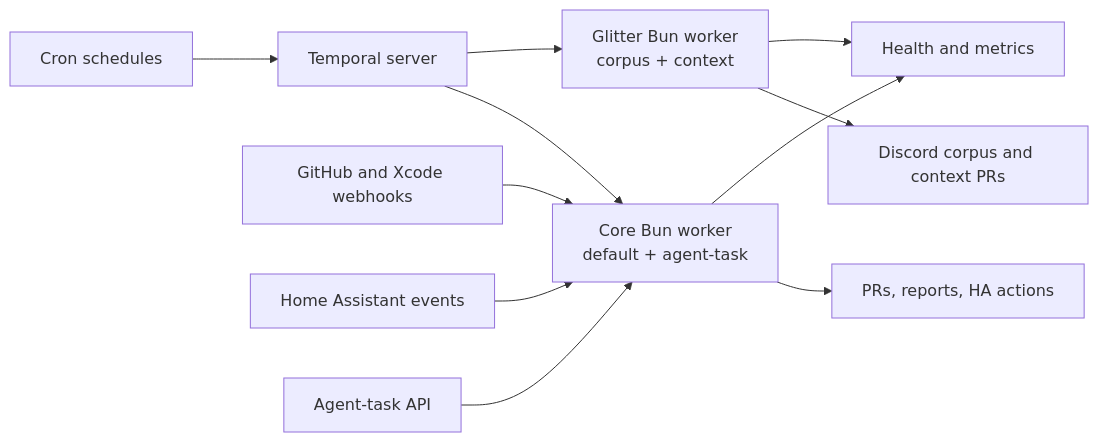
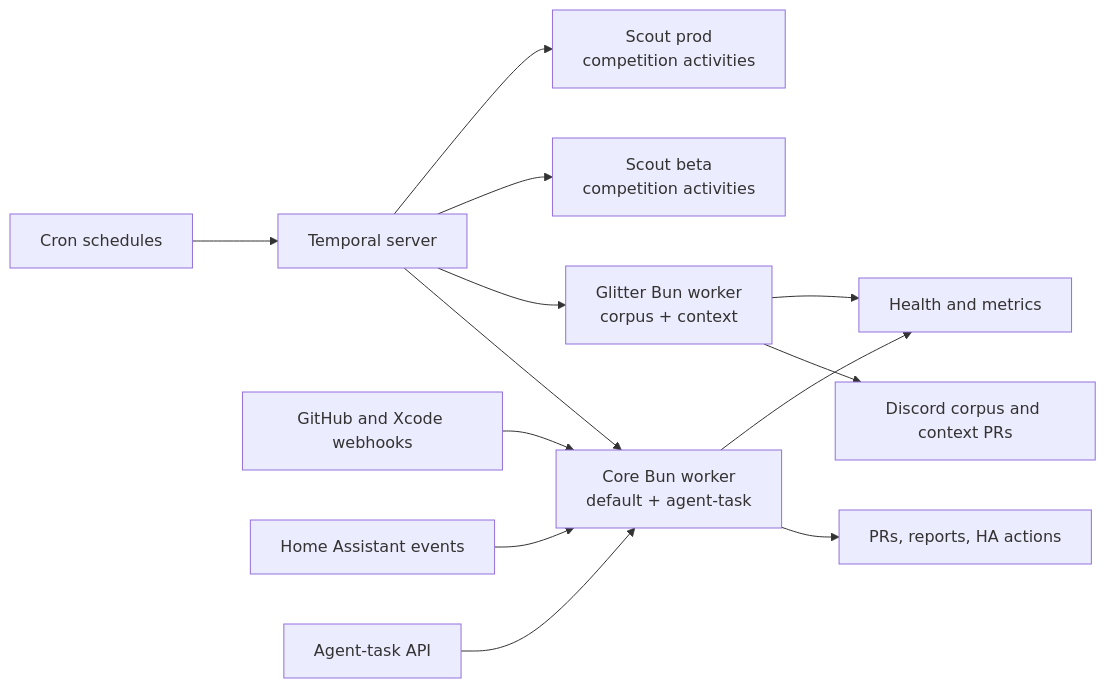
Before and after one commit to shepherdjerred/monorepo: the diagram in packages/docs/wiki/src/content/docs/explanation/temporal/overview.md, drawn with Mermaid. The commit also changed other lines of this file and 60 other files, not shown here.

First line of the commit message:
feat(scout-for-lol): add reliable configurable competition builder

````diff
--- a/packages/docs/wiki/src/content/docs/explanation/temporal/overview.md
+++ b/packages/docs/wiki/src/content/docs/explanation/temporal/overview.md
@@ -12,16 +12,18 @@
 ```mermaid
 flowchart LR
   accTitle: Temporal worker system map
-  accDescr: The Temporal server dispatches general and agent work to the core Bun worker and Glitter corpus and context work to a separate Bun worker. Webhooks, APIs, and Home Assistant events enter through the core worker. Both workers expose independent health and metrics endpoints.
+  accDescr: The Temporal server dispatches general and agent work to the core Bun worker, Glitter work to dedicated workers, maintenance to Buildkite, and competition delivery activities to each Scout environment. Webhooks, APIs, and Home Assistant events enter through the core worker.
 
   S[Cron schedules] --> T[Temporal server]
   T --> C[Core Bun worker<br/>default + agent-task]
   T --> G[Glitter Bun worker<br/>corpus + context]
+  T --> SB[Scout beta<br/>competition activities]
+  T --> SP[Scout prod<br/>competition activities]
   W[GitHub and Xcode webhooks] --> C
   H[Home Assistant events] --> C
   A[Agent-task API] --> C
   C --> O[PRs, reports, HA actions]
   G --> D[Discord corpus and context PRs]
   C --> M[Health and metrics]
   G --> M
 ```
````
